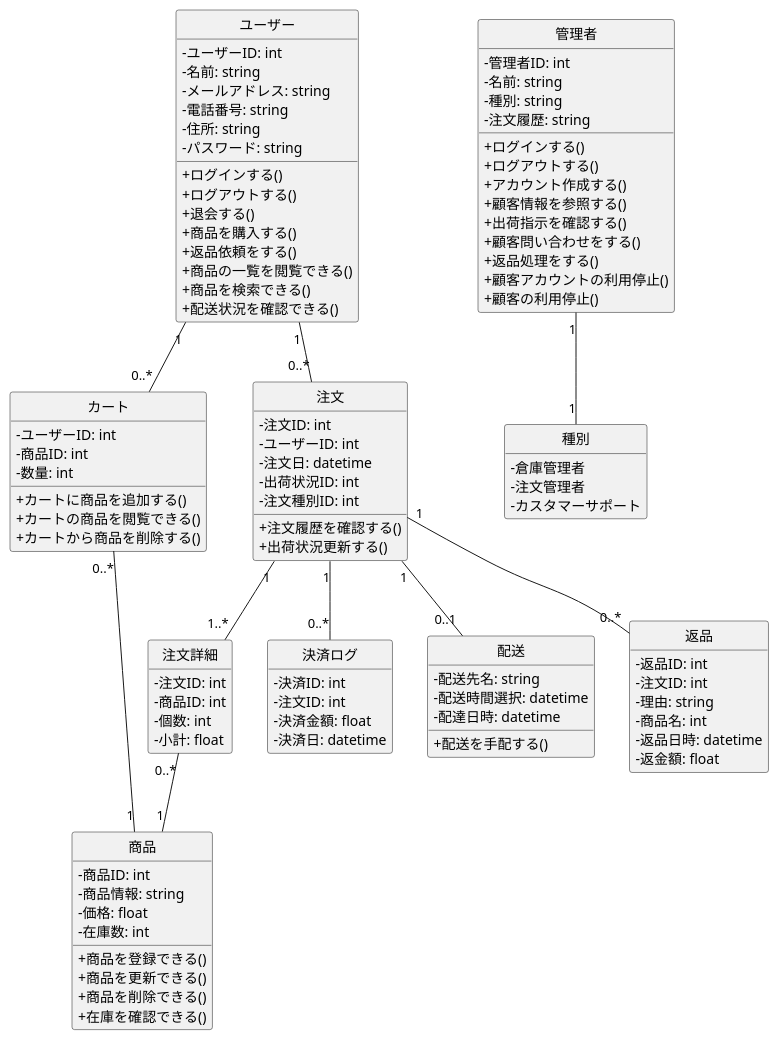
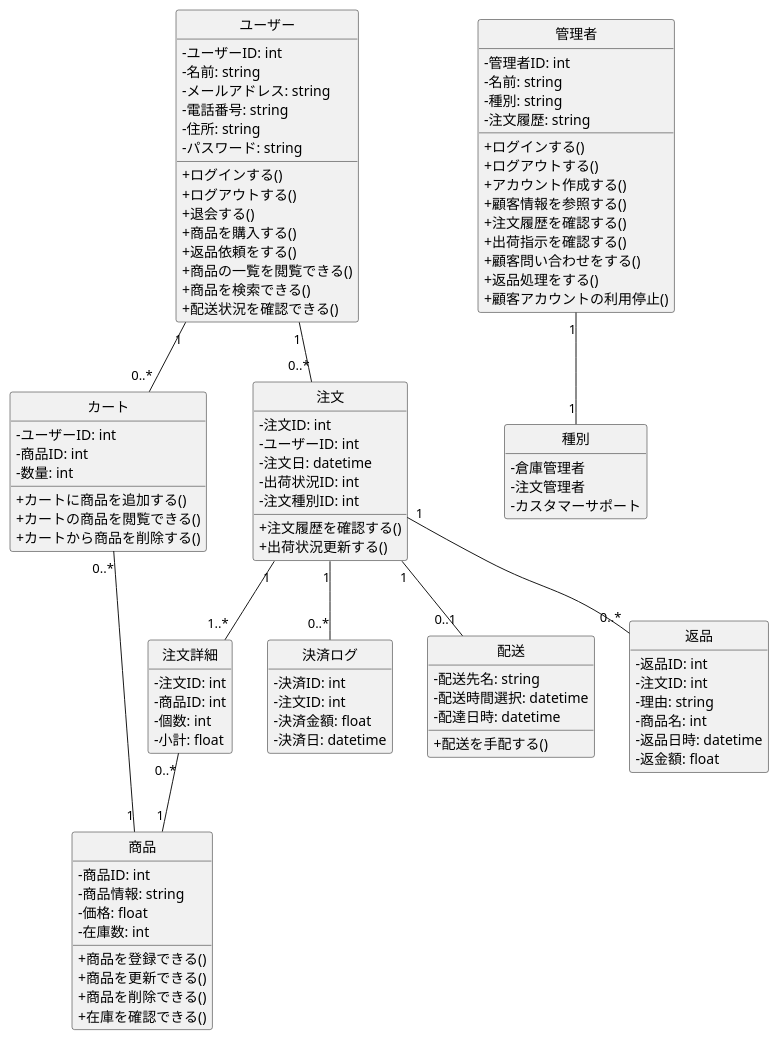
The diagram in group/BBshop/class 3.pu (tagamiren/ohara_uml), drawn with PlantUML before and after one commit. The commit also changed 1 other file, not shown here.

```diff
--- a/group/BBshop/class 3.pu
+++ b/group/BBshop/class 3.pu
@@ -1,127 +1,128 @@
 @startuml BBショップ注文管理システム
 skinparam classAttributeIconSize 0
 hide circle
 hide empty members
 
 class ユーザー {
   -ユーザーID: int
   -名前: string
   -メールアドレス: string
   -電話番号: string
   -住所: string
   -パスワード: string
 
   +ログインする()
   +ログアウトする()
   +退会する()
   +商品を購入する()
   +返品依頼をする()
   +商品の一覧を閲覧できる()
   +商品を検索できる()
   +配送状況を確認できる()
   
 }
 
 class 管理者 {
   -管理者ID: int
   -名前: string
   -種別: string
   -注文履歴: string
 
   +ログインする()
   +ログアウトする()
   +アカウント作成する()
   +顧客情報を参照する()
+  +注文履歴を確認する()
   +出荷指示を確認する()
   +顧客問い合わせをする()    
   +返品処理をする()
   +顧客アカウントの利用停止()
-  +顧客の利用停止()
+  
 }
 
 class 商品 {
   -商品ID: int
   -商品情報: string
   -価格: float
   -在庫数: int
 
   +商品を登録できる()
   +商品を更新できる()
   +商品を削除できる()
   +在庫を確認できる()
 }
 
 class カート {
   -ユーザーID: int
   -商品ID: int
   -数量: int
 
   +カートに商品を追加する()
   +カートの商品を閲覧できる()
   +カートから商品を削除する()
 }
 
 
 class 注文 {
   -注文ID: int
   -ユーザーID: int
   -注文日: datetime
   -出荷状況ID: int
   -注文種別ID: int
 
   +注文履歴を確認する()
   +出荷状況更新する()
 }
 
 class 注文詳細 {
   -注文ID: int
   -商品ID: int
   -個数: int
   -小計: float
 }
 
 class 決済ログ {
   -決済ID: int
   -注文ID: int
   -決済金額: float
   -決済日: datetime
 }
 
 class 配送 {
   -配送先名: string
   -配送時間選択: datetime
   -配達日時: datetime
 
   +配送を手配する()
 }
 
 class 返品 {
   -返品ID: int
   -注文ID: int
   -理由: string
   -商品名: int
   -返品日時: datetime
   -返金額: float
 }
 
 class 種別 {
     -倉庫管理者
     -注文管理者
     -カスタマーサポート  
 }
 
 ユーザー "1" -- "0..*" カート
 カート "0..*" -- "1" 商品
 ユーザー "1" -- "0..*" 注文
 
 注文 "1" -- "1..*" 注文詳細
 注文詳細 "0..*" -- "1" 商品
 
 注文 "1" -- "0..*" 決済ログ
 注文 "1" -- "0..1" 配送
 注文 "1" -- "0..*" 返品
 
 
 管理者 "1" -- "1" 種別
 
 @enduml
```
